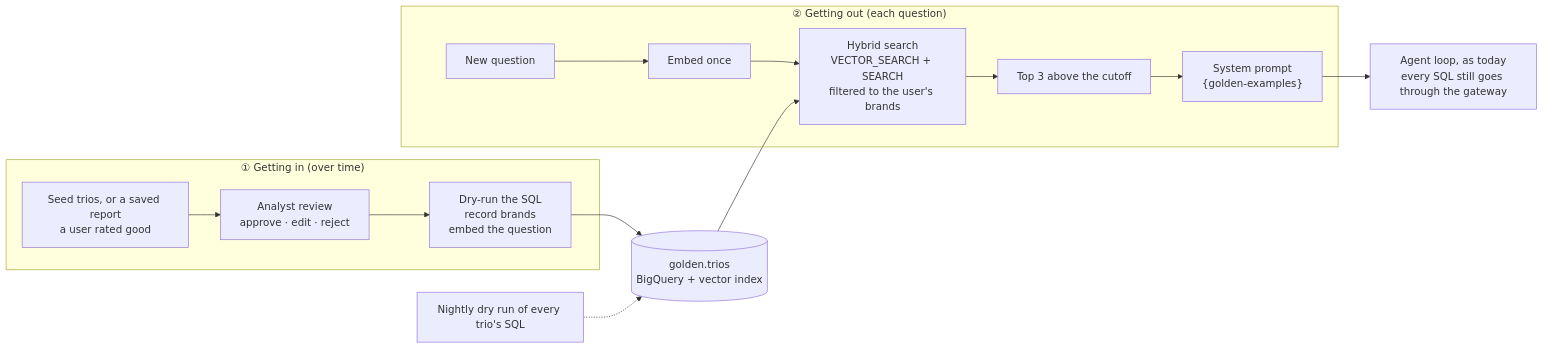
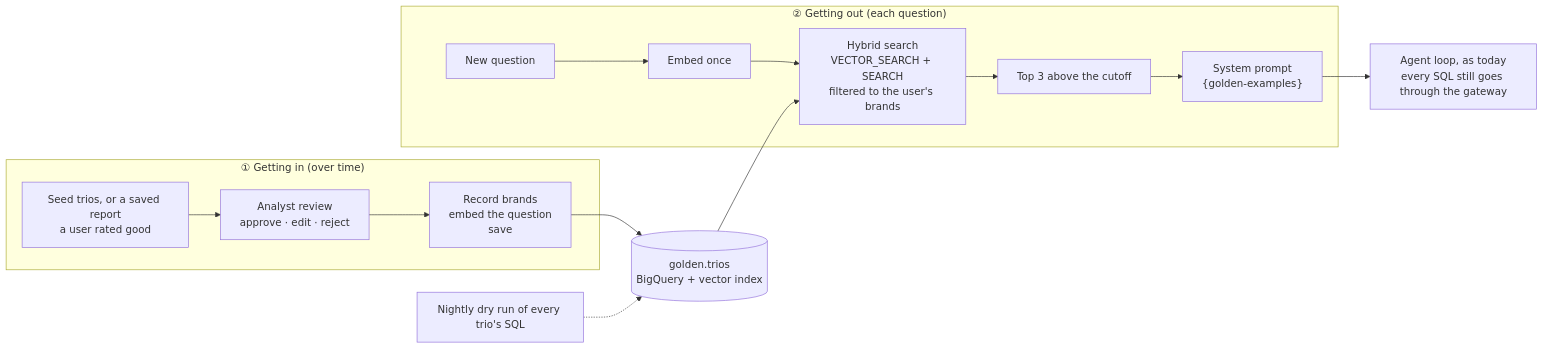
One commit to AmanzholDaribay/retail-data-agent changed the third of 4 diagrams in docs/hld.md. Above: the diagram before and after it, drawn with Mermaid. The commit also changed other lines of this file and 1 other file, not shown here.

Commit message:
Golden Knowledge: no SQL re-check at approval, only the nightly dry run
The SQL of an approved trio already ran when the answer was made, so on
approval it is only tagged with its brands, embedded and saved. The nightly
dry run still catches SQL that breaks later.

````diff
--- a/docs/hld.md
+++ b/docs/hld.md
@@ -142,19 +142,19 @@
 ```mermaid
 flowchart LR
     subgraph in["① Getting in (over time)"]
         good["Seed trios, or a saved report<br/>a user rated good"] --> review["Analyst review<br/>approve · edit · reject"]
-        review --> check["Dry-run the SQL<br/>record brands<br/>embed the question"]
+        review --> check["Record brands<br/>embed the question<br/>save"]
     end
     check --> bucket[("golden.trios<br/>BigQuery + vector index")]
 
     subgraph out["② Getting out (each question)"]
         q["New question"] --> embed["Embed once"]
         embed --> search["Hybrid search<br/>VECTOR_SEARCH + SEARCH<br/>filtered to the user's brands"]
         search --> top["Top 3 above the cutoff"]
         top --> prompt["System prompt<br/>{golden-examples}"]
     end
     bucket --> search
     prompt --> agent["Agent loop, as today<br/>every SQL still goes through the gateway"]
 
     nightly["Nightly dry run of every trio's SQL"] -.-> bucket
 ```
````
